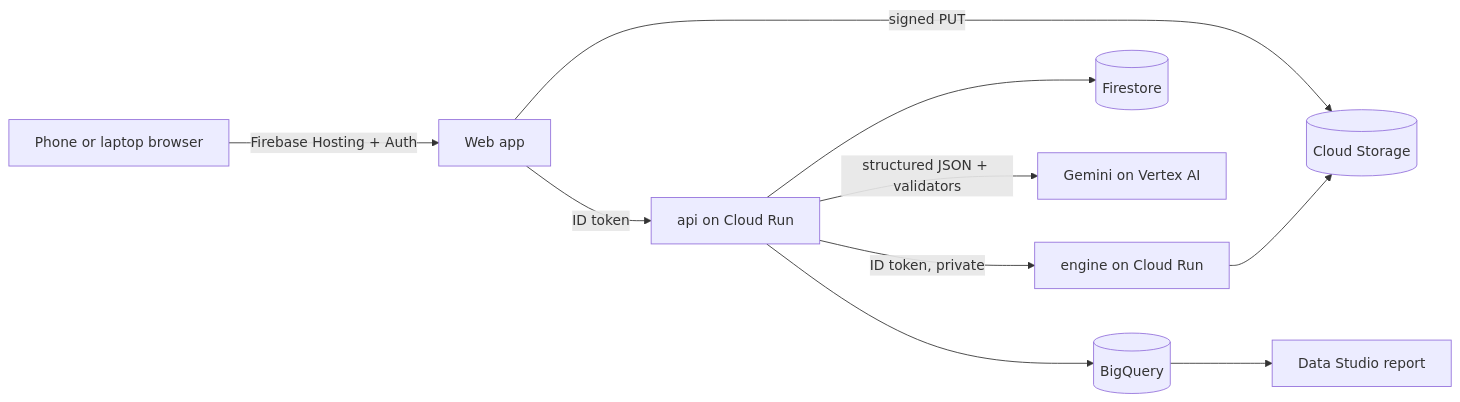
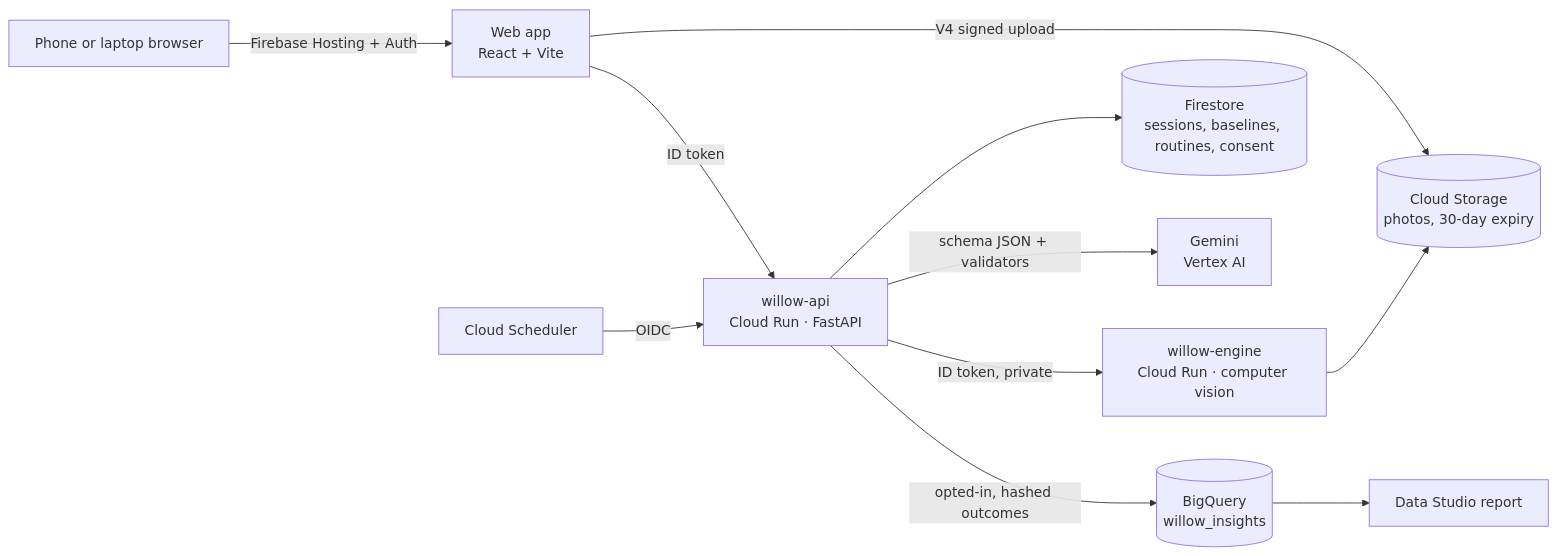
Before and after one commit to NiwinKumar/willow: the diagram in README.md, drawn with Mermaid. The commit also changed other lines of this file and 7 other files, not shown here.

````diff
--- a/README.md
+++ b/README.md
@@ -34,12 +169,13 @@
 ```mermaid
 flowchart LR
-  U[Phone or laptop browser] -->|Firebase Hosting + Auth| W[Web app]
-  W -->|ID token| A[api on Cloud Run]
-  W -->|signed PUT| S[(Cloud Storage)]
-  A -->|ID token, private| E[engine on Cloud Run]
+  U["Phone or laptop browser"] -->|"Firebase Hosting + Auth"| W["Web app<br/>React + Vite"]
+  W -->|"ID token"| A["willow-api<br/>Cloud Run · FastAPI"]
+  W -->|"V4 signed upload"| S[("Cloud Storage<br/>photos, 30-day expiry")]
+  A -->|"ID token, private"| E["willow-engine<br/>Cloud Run · computer vision"]
   E --> S
-  A --> F[(Firestore)]
-  A -->|structured JSON + validators| G[Gemini on Vertex AI]
-  A --> B[(BigQuery)]
-  B --> D[Data Studio report]
+  A --> F[("Firestore<br/>sessions, baselines, routines, consent")]
+  A -->|"schema JSON + validators"| G["Gemini<br/>Vertex AI"]
+  A -->|"opted-in, hashed outcomes"| B[("BigQuery<br/>willow_insights")]
+  B --> L["Data Studio report"]
+  C["Cloud Scheduler"] -->|"OIDC"| A
 ```
````
